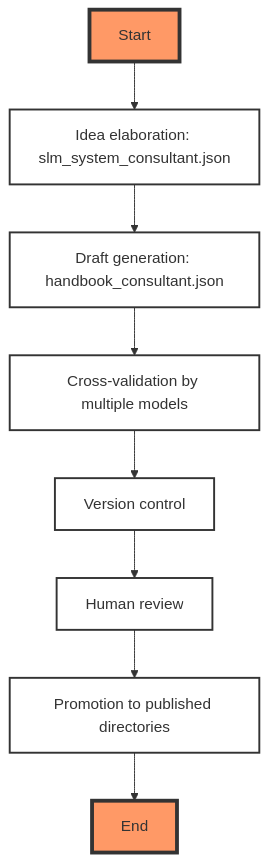
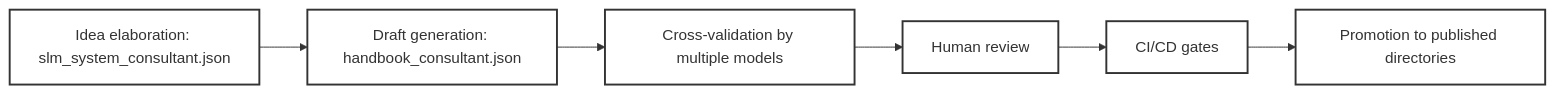
The diagram in README.md (soviar-systems/ai_engineering_handbook), drawn with Mermaid before and after one commit. The commit also changed other lines of this file and 1 other file, not shown here.

````diff
--- a/README.md
+++ b/README.md
@@ -106,19 +68,15 @@
 ```mermaid
-graph TD
-A[Start] --> B[Idea elaboration: slm_system_consultant.json]
-B --> C[Draft generation: handbook_consultant.json]
+graph LR
+B[Idea elaboration: slm_system_consultant.json] --> C[Draft generation: handbook_consultant.json]
 C --> D[Cross-validation by multiple models]
-D --> E[Version control]
-E --> F[Human review]
+D --> E[Human review]
+E --> F[CI/CD gates]
 F --> G[Promotion to published directories]
-G --> H[End]
 
-style A fill:#f96,stroke:#333,stroke-width:4px
 style B fill:#fff,stroke:#333,stroke-width:2px
 style C fill:#fff,stroke:#333,stroke-width:2px
 style D fill:#fff,stroke:#333,stroke-width:2px
 style E fill:#fff,stroke:#333,stroke-width:2px
 style F fill:#fff,stroke:#333,stroke-width:2px
 style G fill:#fff,stroke:#333,stroke-width:2px
-style H fill:#f96,stroke:#333,stroke-width:4px
 ```
````
